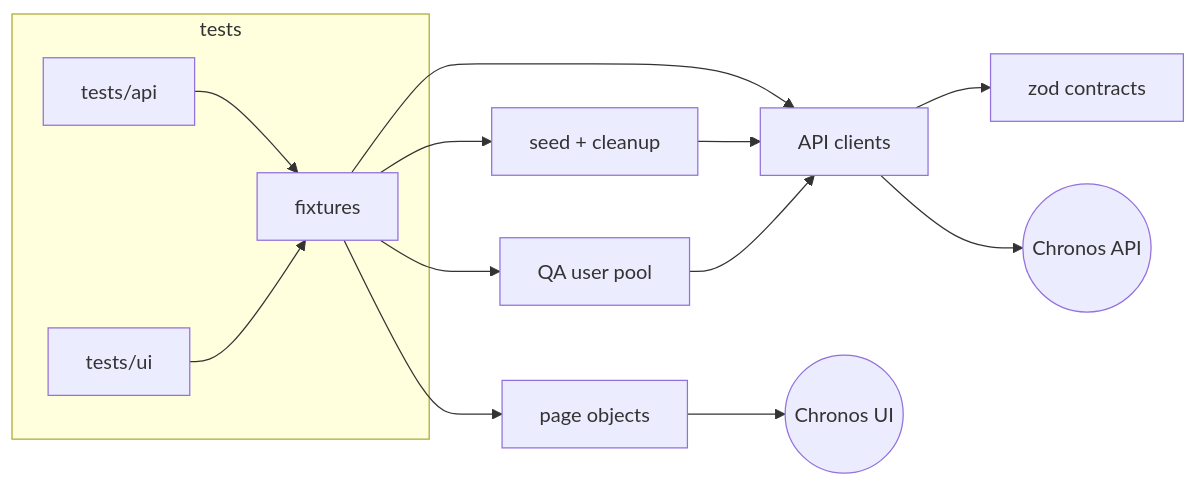
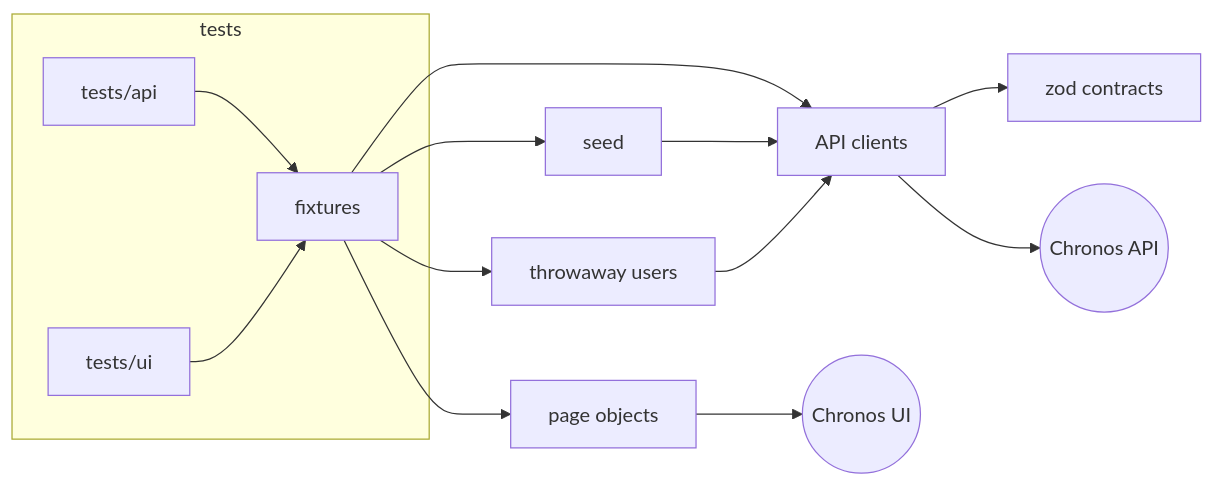
Before and after one commit to raider20133/playwright-autotests: the diagram in README.md, drawn with Mermaid. The commit also changed other lines of this file and 22 other files, not shown here.

````diff
--- a/README.md
+++ b/README.md
@@ -25,16 +26,16 @@
 ```mermaid
 flowchart LR
     subgraph tests
         A[tests/api] --> F
         U[tests/ui] --> F
     end
     F[fixtures] --> C[API clients]
     F --> P[page objects]
-    F --> S[seed + cleanup]
-    F --> Q[QA user pool]
+    F --> S[seed]
+    F --> Q[throwaway users]
     C --> Z[zod contracts]
     S --> C
     Q --> C
     P --> APP((Chronos UI))
     C --> API((Chronos API))
 ```
````
